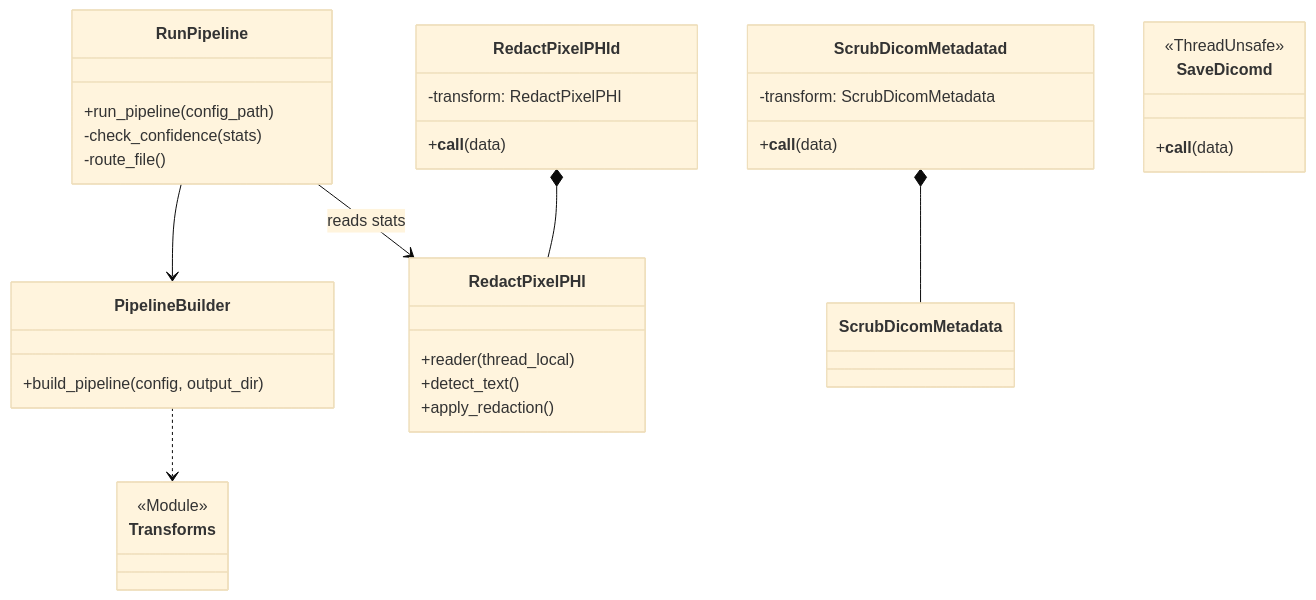
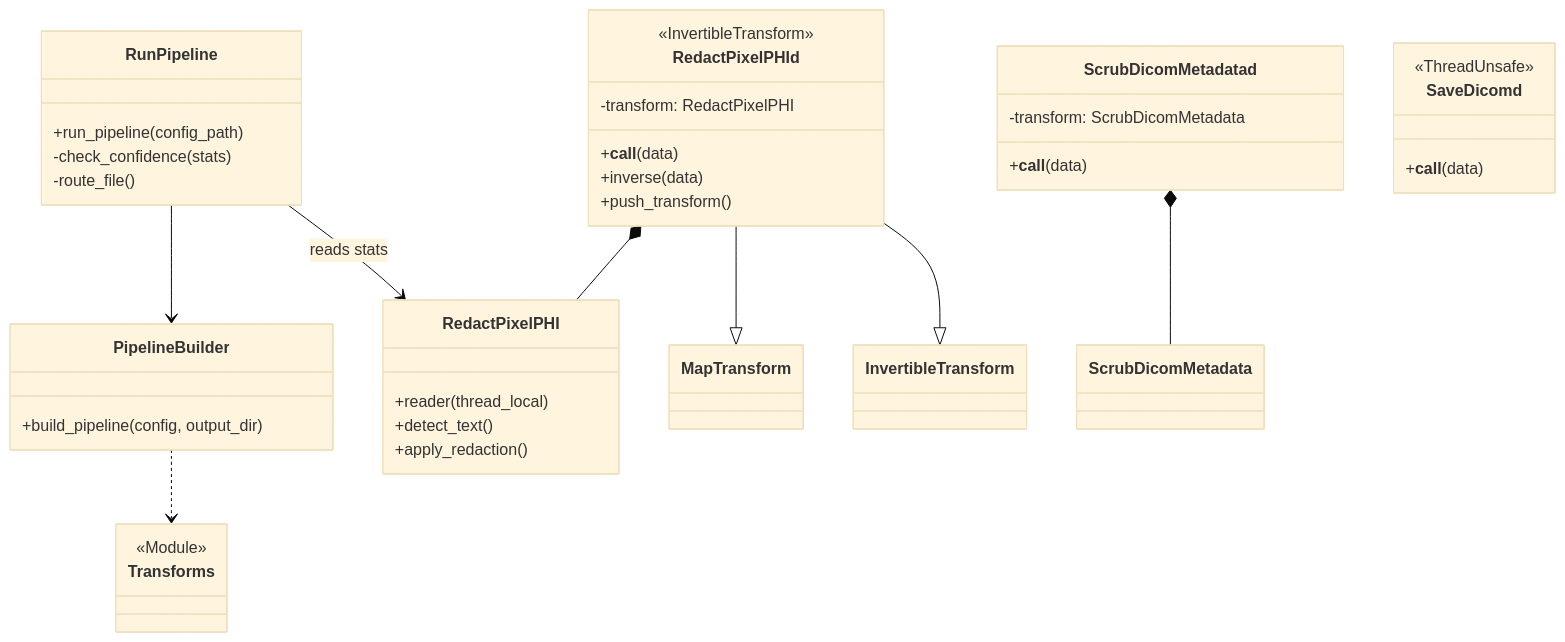
The diagram in README.md (lakshmi-mahabaleshwara/aegis), drawn with Mermaid (base theme) before and after one commit. The commit also changed other lines of this file and 2 other files, not shown here.

Commit message:
Add feat: transition RedactPixelPHId to InvertibleTransform with redaction mask tracking

````diff
--- a/README.md
+++ b/README.md
@@ -176,44 +179,49 @@
 ```mermaid
 classDiagram
     class RunPipeline {
         +run_pipeline(config_path)
         -check_confidence(stats)
         -route_file()
     }
 
     class PipelineBuilder {
         +build_pipeline(config, output_dir)
     }
 
     class Transforms {
         <<Module>>
     }
 
     class RedactPixelPHId {
         +__call__(data)
+        +inverse(data)
+        +push_transform()
         -transform: RedactPixelPHI
+        <<InvertibleTransform>>
     }
 
     class RedactPixelPHI {
         +reader (thread_local)
         +detect_text()
         +apply_redaction()
     }
 
     class ScrubDicomMetadatad {
         +__call__(data)
         -transform: ScrubDicomMetadata
     }
 
     class SaveDicomd {
         +__call__(data)
         <<ThreadUnsafe>>
     }
 
     RunPipeline --> PipelineBuilder
     PipelineBuilder ..> Transforms
     RunPipeline --> RedactPixelPHI : reads stats
 
     RedactPixelPHId *-- RedactPixelPHI
+    RedactPixelPHId --|> MapTransform
+    RedactPixelPHId --|> InvertibleTransform
     ScrubDicomMetadatad *-- ScrubDicomMetadata
 ```
````
